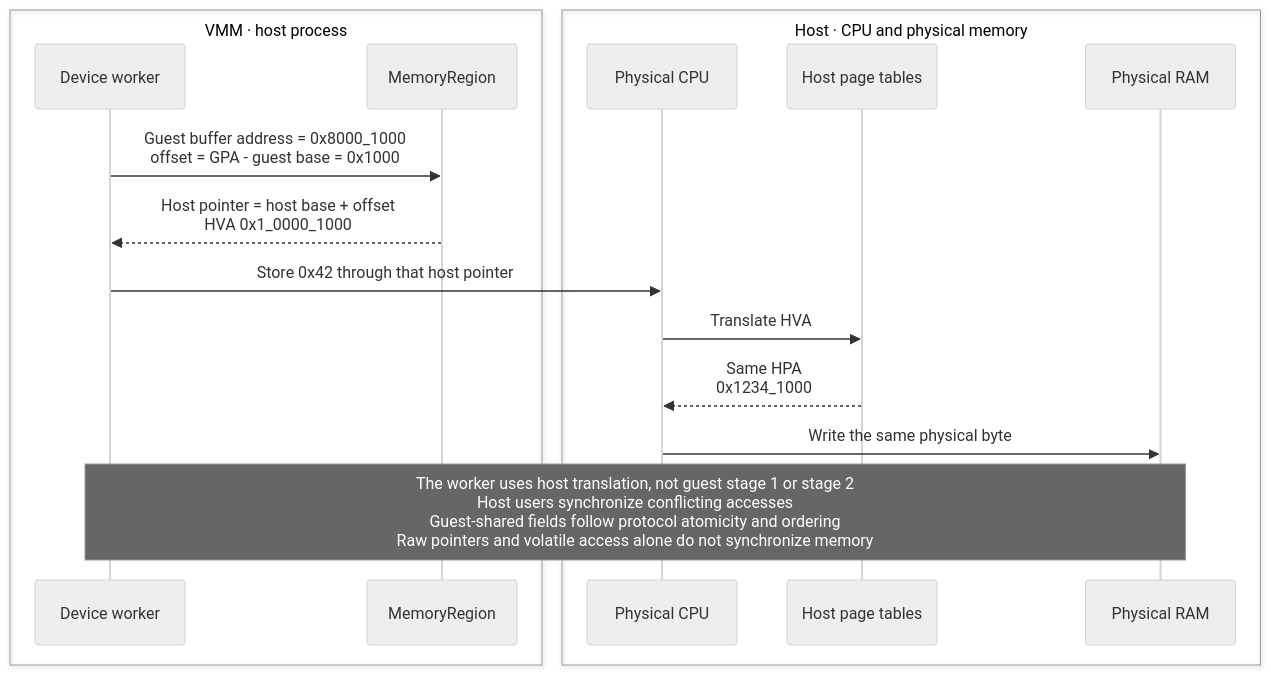
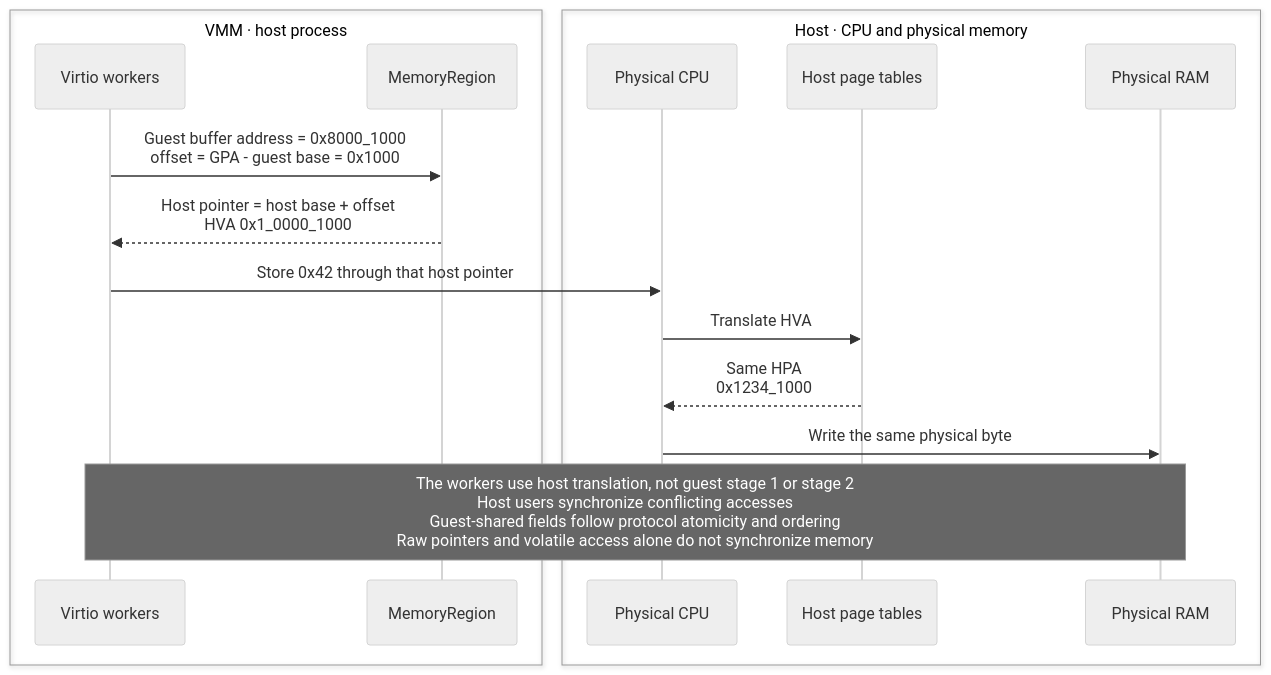
The fourth of 9 diagrams in docs/contributing/architecture/vmm/memory.md (boxlite-ai/boxlite), drawn with Mermaid (neutral theme) before and after one commit. The commit also changed other lines of this file and 21 other files, not shown here.

First line of the commit message:
feat(vmm): add the virtio workers

````diff
--- a/docs/contributing/architecture/vmm/memory.md
+++ b/docs/contributing/architecture/vmm/memory.md
@@ -160,25 +160,25 @@
 ```mermaid
 sequenceDiagram
   box VMM · host process
-    participant worker as Device worker
+    participant worker as Virtio workers
     participant region as MemoryRegion
   end
   box Host · CPU and physical memory
     participant cpu as Physical CPU
     participant host_pt as Host page tables
     participant physical_ram as Physical RAM
   end
   %% edge:memory_5_e1
   worker->>region: Guest buffer address = 0x8000_1000<br/>offset = GPA - guest base = 0x1000
   %% edge:memory_5_e2
   region-->>worker: Host pointer = host base + offset<br/>HVA 0x1_0000_1000
   %% edge:memory_5_e3
   worker->>cpu: Store 0x42 through that host pointer
   %% edge:memory_5_e4
   cpu->>host_pt: Translate HVA
   %% edge:memory_5_e5
   host_pt-->>cpu: Same HPA<br/>0x1234_1000
   %% edge:memory_5_e6
   cpu->>physical_ram: Write the same physical byte
-  Note over worker,physical_ram: The worker uses host translation, not guest stage 1 or stage 2<br/>Host users synchronize conflicting accesses<br/>Guest-shared fields follow protocol atomicity and ordering<br/>Raw pointers and volatile access alone do not synchronize memory
+  Note over worker,physical_ram: The workers use host translation, not guest stage 1 or stage 2<br/>Host users synchronize conflicting accesses<br/>Guest-shared fields follow protocol atomicity and ordering<br/>Raw pointers and volatile access alone do not synchronize memory
 ```
````
